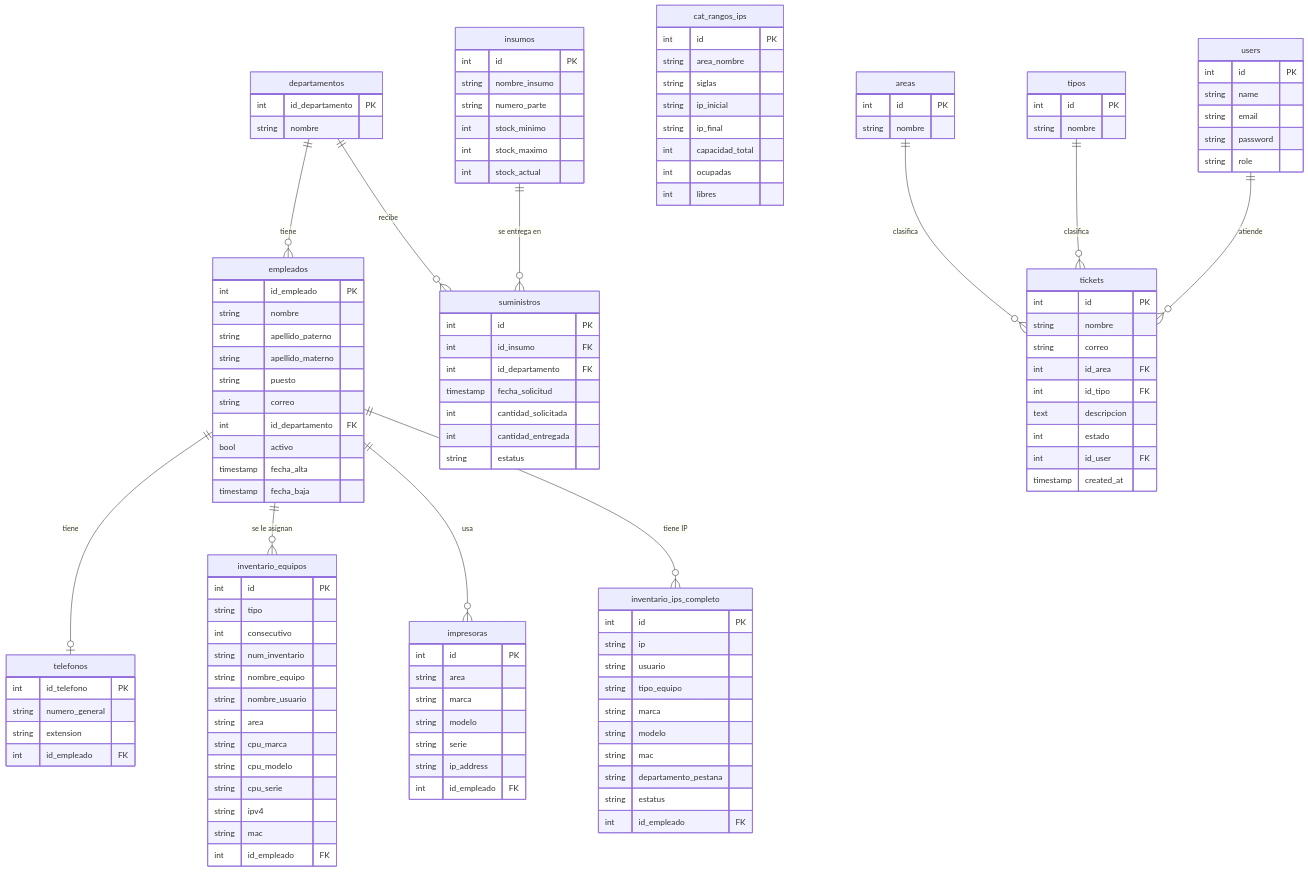
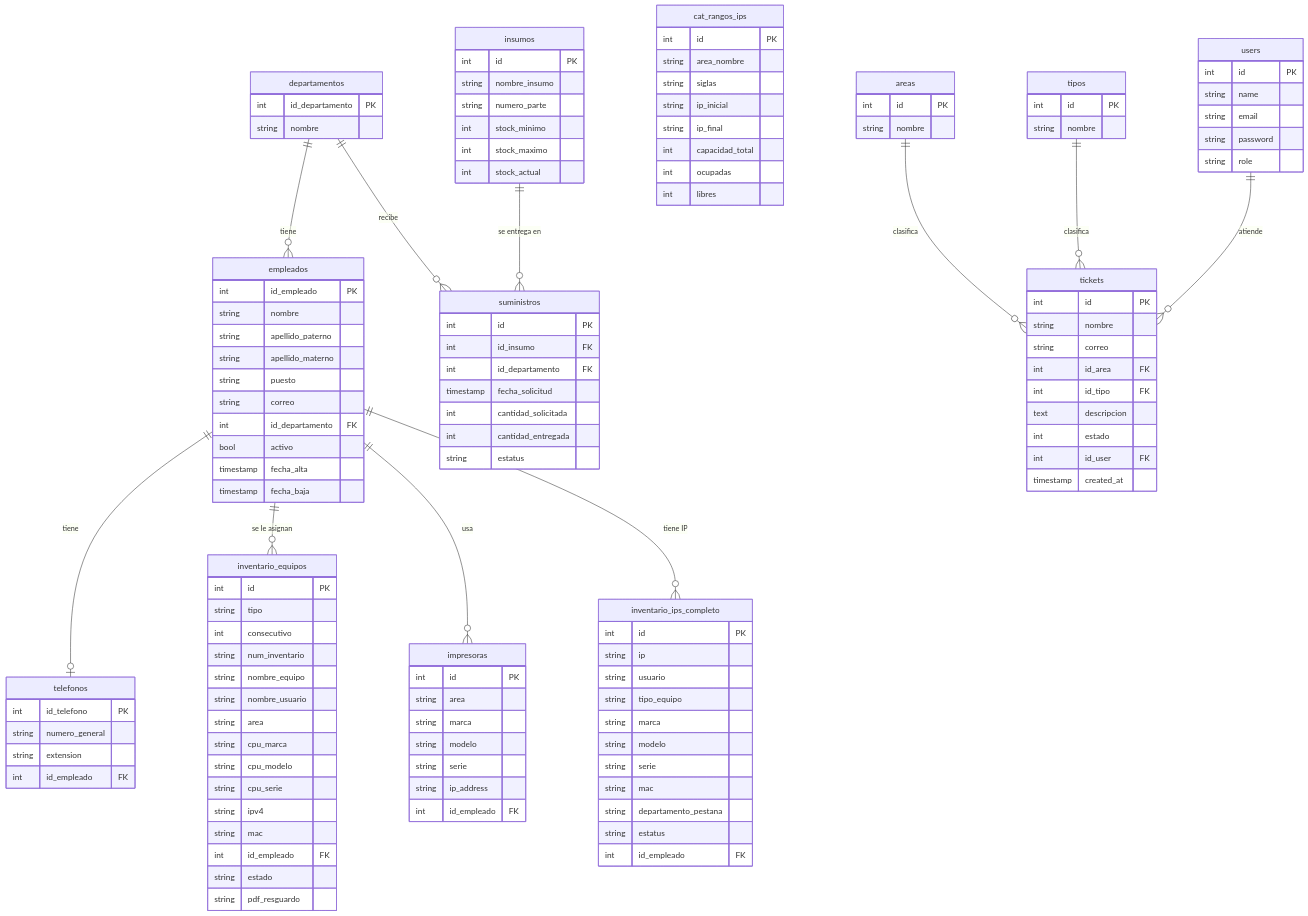
The first of 4 diagrams in IMJUnificado/Doc/base-de-datos.md (SoporteIMJUVE/IMJTickets), drawn with Mermaid before and after one commit. The commit also changed other lines of this file and 10 other files, not shown here.

```diff
--- a/IMJUnificado/Doc/base-de-datos.md
+++ b/IMJUnificado/Doc/base-de-datos.md
@@ -45,6 +45,8 @@
         string ipv4
         string mac
         int id_empleado FK
+        string estado
+        string pdf_resguardo
     }
 
     impresoras {
@@ -94,6 +96,7 @@
         string tipo_equipo
         string marca
         string modelo
+        string serie
         string mac
         string departamento_pestana
         string estatus
```
